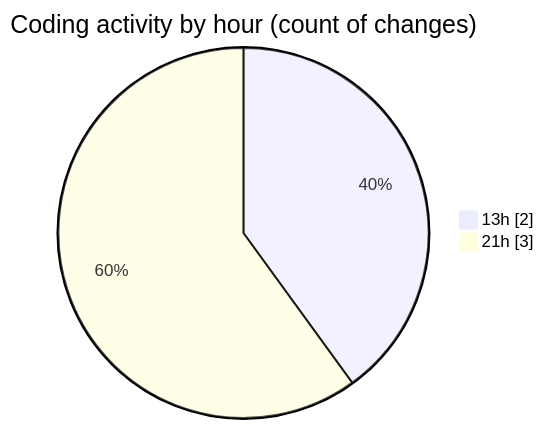
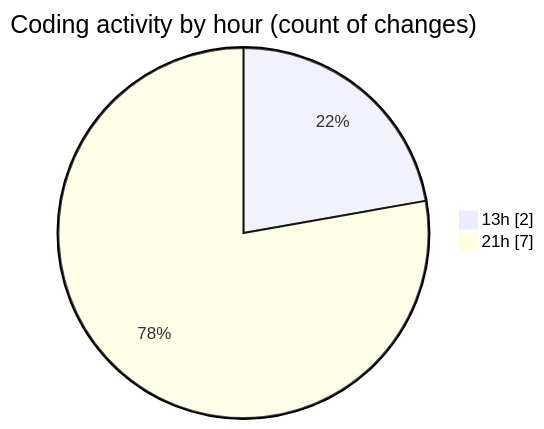
One commit to momahboobian/code-tracking changed the second of 2 diagrams in 2025-05-19/news-clock-system-caspercg/README.md. Above: the diagram before and after it, drawn with Mermaid. The commit also changed other lines of this file and 1 other file, not shown here.

````diff
--- a/2025-05-19/news-clock-system-caspercg/README.md
+++ b/2025-05-19/news-clock-system-caspercg/README.md
@@ -29,6 +31,6 @@
 ```mermaid
 pie showData
 title Coding activity by hour (count of changes)
 "13h" : 2
-"21h" : 3
+"21h" : 7
 ```
````
